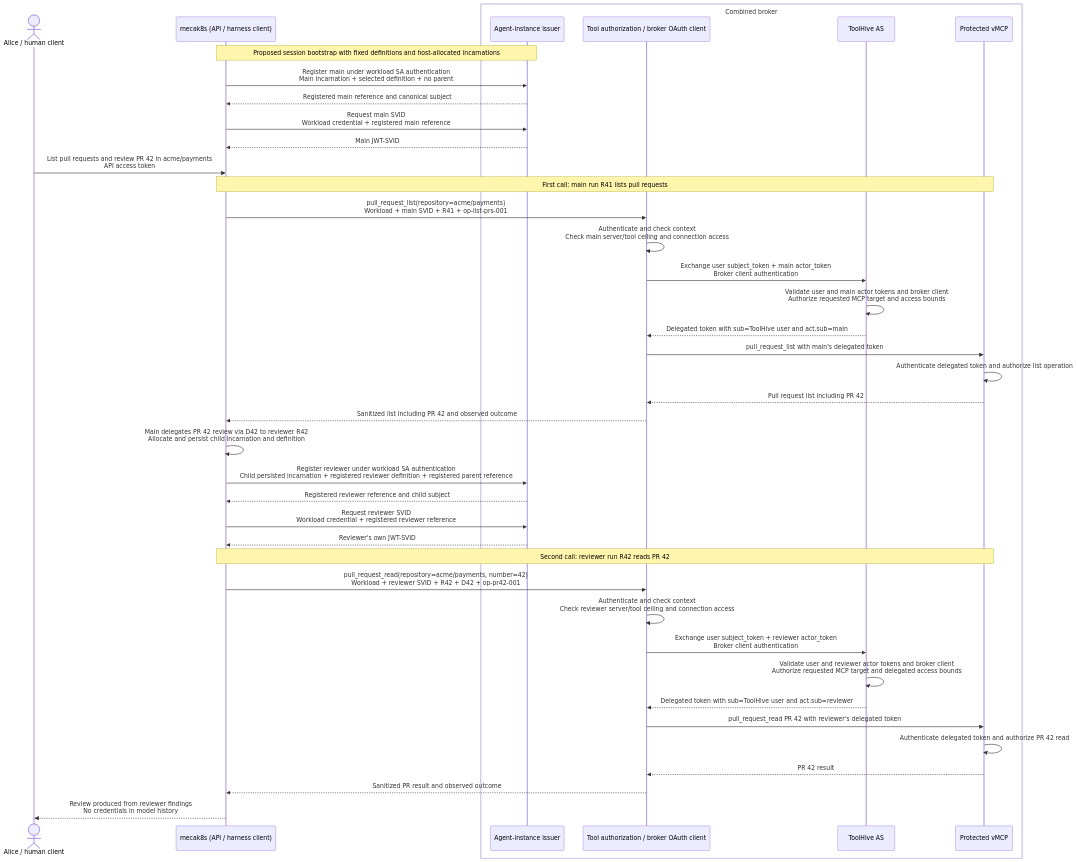
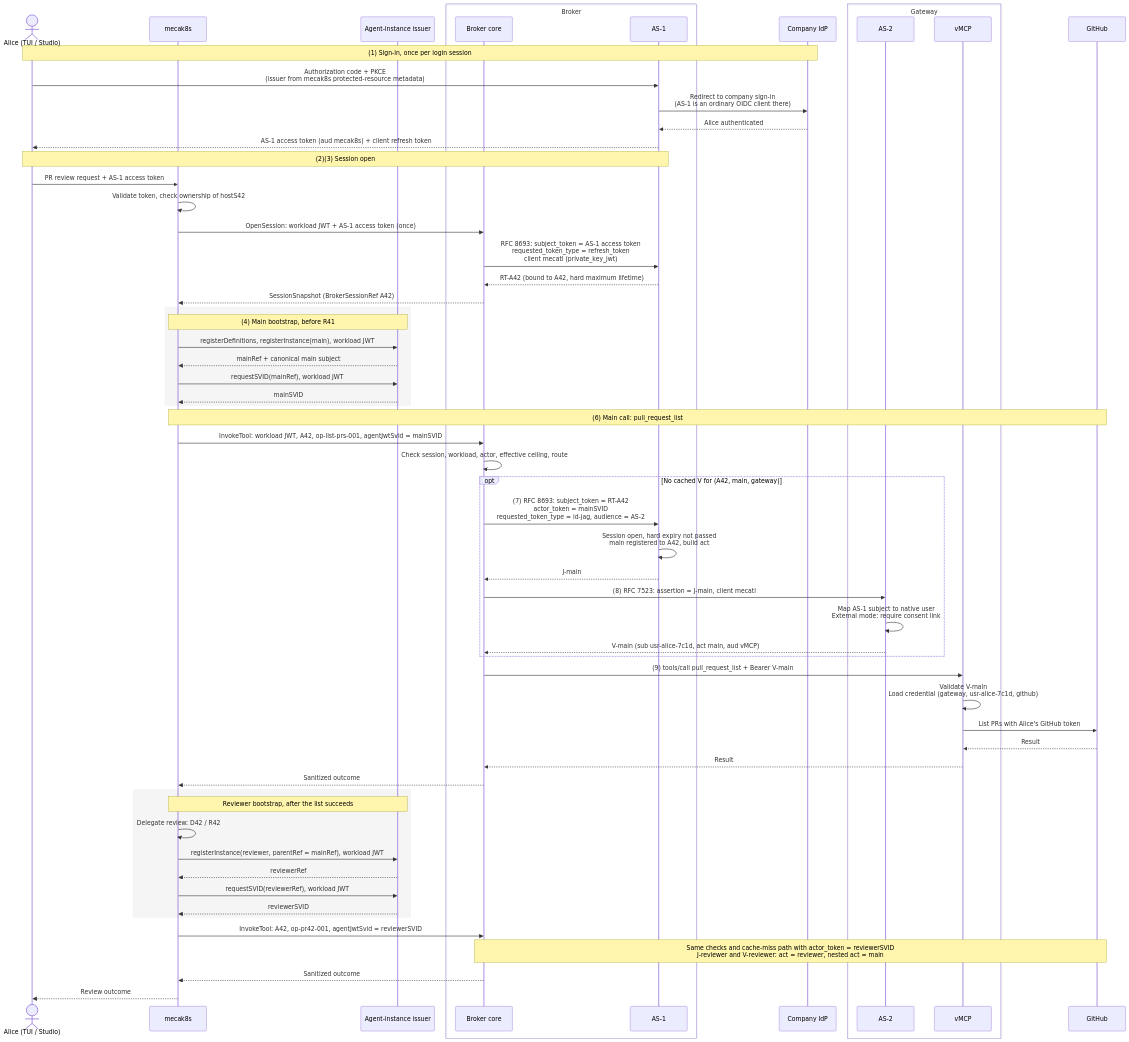
One commit to stacklok/mecatl changed the diagram in docs/drafts/agent-identity/credentials-and-lifecycle.md. Above: the diagram before and after it, drawn with Mermaid. The commit also changed other lines of this file and 7 other files, not shown here.

````diff
--- a/docs/drafts/agent-identity/credentials-and-lifecycle.md
+++ b/docs/drafts/agent-identity/credentials-and-lifecycle.md
@@ -37,47 +46,70 @@
 ```mermaid
 sequenceDiagram
-    actor U as Alice / human client
-    participant H as mecak8s (API / harness client)
-    box Combined broker
-        participant I as Agent-instance issuer
-        participant B as Tool authorization / broker OAuth client
-        participant A as ToolHive AS
-        participant V as Protected vMCP
+    actor U as Alice (TUI / Studio)
+    participant H as mecak8s
+    participant I as Agent-instance issuer
+    box Broker
+        participant B as Broker core
+        participant A1 as AS-1
+    end
+    participant IdP as Company IdP
+    box Gateway
+        participant A2 as AS-2
+        participant V as vMCP
+    end
+    participant G as GitHub
+
+    Note over U,IdP: (1) Sign-in, once per login session
+    U->>A1: Authorization code + PKCE<br/>(issuer from mecak8s protected-resource metadata)
+    A1->>IdP: Redirect to company sign-in<br/>(AS-1 is an ordinary OIDC client there)
+    IdP-->>A1: Alice authenticated
+    A1-->>U: AS-1 access token (aud mecak8s) + client refresh token
+
+    Note over U,A1: (2)(3) Session open
+    U->>H: PR review request + AS-1 access token
+    H->>H: Validate token, check ownership of hostS42
+    H->>B: OpenSession: workload JWT + AS-1 access token (once)
+    B->>A1: RFC 8693: subject_token = AS-1 access token<br/>requested_token_type = refresh_token<br/>client mecatl (private_key_jwt)
+    A1-->>B: RT-A42 (bound to A42, hard maximum lifetime)
+    B-->>H: SessionSnapshot (BrokerSessionRef A42)
+
+    rect rgb(245, 245, 245)
+        Note over H,I: (4) Main bootstrap, before R41
+        H->>I: registerDefinitions, registerInstance(main), workload JWT
+        I-->>H: mainRef + canonical main subject
+        H->>I: requestSVID(mainRef), workload JWT
+        I-->>H: mainSVID
     end
 
-    Note over H,I: Proposed session bootstrap with fixed definitions and host-allocated incarnations
-    H->>I: Register main under workload SA authentication<br/>Main incarnation + selected definition + no parent
-    I-->>H: Registered main reference and canonical subject
-    H->>I: Request main SVID<br/>Workload credential + registered main reference
-    I-->>H: Main JWT-SVID
+    Note over H,G: (6) Main call: pull_request_list
+    H->>B: InvokeTool: workload JWT, A42, op-list-prs-001, agentJwtSvid = mainSVID
+    B->>B: Check session, workload, actor, effective ceiling, route
+    opt No cached V for (A42, main, gateway)
+        B->>A1: (7) RFC 8693: subject_token = RT-A42<br/>actor_token = mainSVID<br/>requested_token_type = id-jag, audience = AS-2
+        A1->>A1: Session open, hard expiry not passed<br/>main registered to A42, build act
+        A1-->>B: J-main
+        B->>A2: (8) RFC 7523: assertion = J-main, client mecatl
+        A2->>A2: Map AS-1 subject to native user<br/>External mode: require consent link
+        A2-->>B: V-main (sub usr-alice-7c1d, act main, aud vMCP)
+    end
+    B->>V: (9) tools/call pull_request_list + Bearer V-main
+    V->>V: Validate V-main<br/>Load credential (gateway, usr-alice-7c1d, github)
+    V->>G: List PRs with Alice's GitHub token
+    G-->>V: Result
+    V-->>B: Result
+    B-->>H: Sanitized outcome
 
-    U->>H: List pull requests and review PR 42 in acme/payments<br/>API access token
-    Note over H,V: First call: main run R41 lists pull requests
-    H->>B: pull_request_list(repository=acme/payments)<br/>Workload + main SVID + R41 + op-list-prs-001
-    B->>B: Authenticate and check context<br/>Check main server/tool ceiling and connection access
-    B->>A: Exchange user subject_token + main actor_token<br/>Broker client authentication
-    A->>A: Validate user and main actor tokens and broker client<br/>Authorize requested MCP target and access bounds
-    A-->>B: Delegated token with sub=ToolHive user and act.sub=main
-    B->>V: pull_request_list with main's delegated token
-    V->>V: Authenticate delegated token and authorize list operation
-    V-->>B: Pull request list including PR 42
-    B-->>H: Sanitized list including PR 42 and observed outcome
+    rect rgb(245, 245, 245)
+        Note over H,I: Reviewer bootstrap, after the list succeeds
+        H->>H: Delegate review: D42 / R42
+        H->>I: registerInstance(reviewer, parentRef = mainRef), workload JWT
+        I-->>H: reviewerRef
+        H->>I: requestSVID(reviewerRef), workload JWT
+        I-->>H: reviewerSVID
+    end
 
-    H->>H: Main delegates PR 42 review via D42 to reviewer R42<br/>Allocate and persist child incarnation and definition
-    H->>I: Register reviewer under workload SA authentication<br/>Child persisted incarnation + registered reviewer definition + registered parent reference
-    I-->>H: Registered reviewer reference and child subject
-    H->>I: Request reviewer SVID<br/>Workload credential + registered reviewer reference
-    I-->>H: Reviewer's own JWT-SVID
-
-    Note over H,V: Second call: reviewer run R42 reads PR 42
-    H->>B: pull_request_read(repository=acme/payments, number=42)<br/>Workload + reviewer SVID + R42 + D42 + op-pr42-001
-    B->>B: Authenticate and check context<br/>Check reviewer server/tool ceiling and connection access
-    B->>A: Exchange user subject_token + reviewer actor_token<br/>Broker client authentication
-    A->>A: Validate user and reviewer actor tokens and broker client<br/>Authorize requested MCP target and delegated access bounds
-    A-->>B: Delegated token with sub=ToolHive user and act.sub=reviewer
-    B->>V: pull_request_read PR 42 with reviewer's delegated token
-    V->>V: Authenticate delegated token and authorize PR 42 read
-    V-->>B: PR 42 result
-    B-->>H: Sanitized PR result and observed outcome
-    H-->>U: Review produced from reviewer findings<br/>No credentials in model history
+    H->>B: InvokeTool: A42, op-pr42-001, agentJwtSvid = reviewerSVID
+    Note over B,G: Same checks and cache-miss path with actor_token = reviewerSVID<br/>J-reviewer and V-reviewer: act = reviewer, nested act = main
+    B-->>H: Sanitized outcome
+    H-->>U: Review outcome
 ```
````
